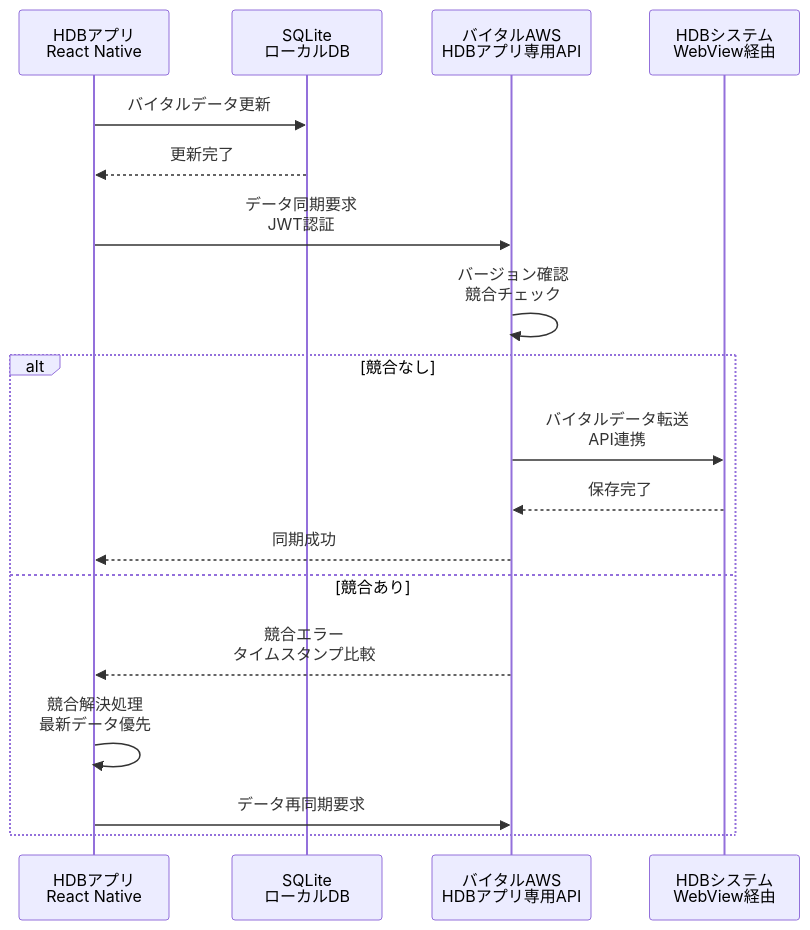
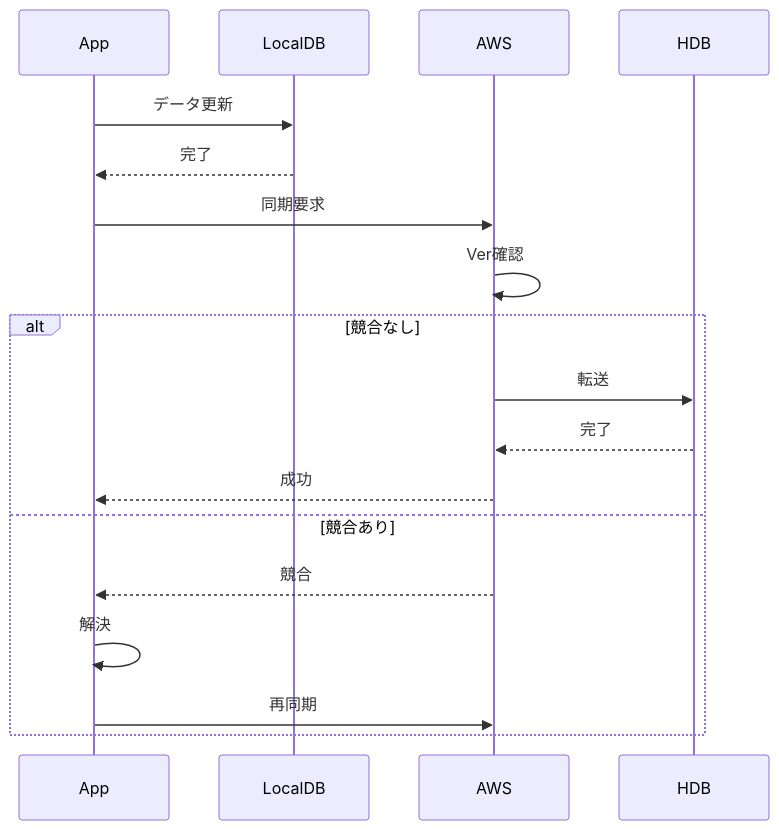
Before and after one commit to sasaibu/hdb: the second of 4 diagrams in 外部設計書22.外部設計書/連携処理方式概要設計書.md, drawn with Mermaid. The commit also changed other lines of this file, not shown here.

````diff
--- a/外部設計書22.外部設計書/連携処理方式概要設計書.md
+++ b/外部設計書22.外部設計書/連携処理方式概要設計書.md
@@ -128,23 +126,23 @@
 ```mermaid
 sequenceDiagram
-    participant A as HDBアプリ<br/>React Native
-    participant L as SQLite<br/>ローカルDB
-    participant W as バイタルAWS<br/>HDBアプリ専用API
-    participant H as HDBシステム<br/>WebView経由
+    participant A as App
+    participant L as LocalDB
+    participant W as AWS
+    participant H as HDB
     
-    A->>L: バイタルデータ更新
-    L-->>A: 更新完了
+    A->>L: データ更新
+    L-->>A: 完了
     
-    A->>W: データ同期要求<br/>JWT認証
-    W->>W: バージョン確認<br/>競合チェック
+    A->>W: 同期要求
+    W->>W: Ver確認
     
     alt 競合なし
-        W->>H: バイタルデータ転送<br/>API連携
-        H-->>W: 保存完了
-        W-->>A: 同期成功
+        W->>H: 転送
+        H-->>W: 完了
+        W-->>A: 成功
     else 競合あり
-        W-->>A: 競合エラー<br/>タイムスタンプ比較
-        A->>A: 競合解決処理<br/>最新データ優先
-        A->>W: データ再同期要求
+        W-->>A: 競合
+        A->>A: 解決
+        A->>W: 再同期
     end
 ```
````
